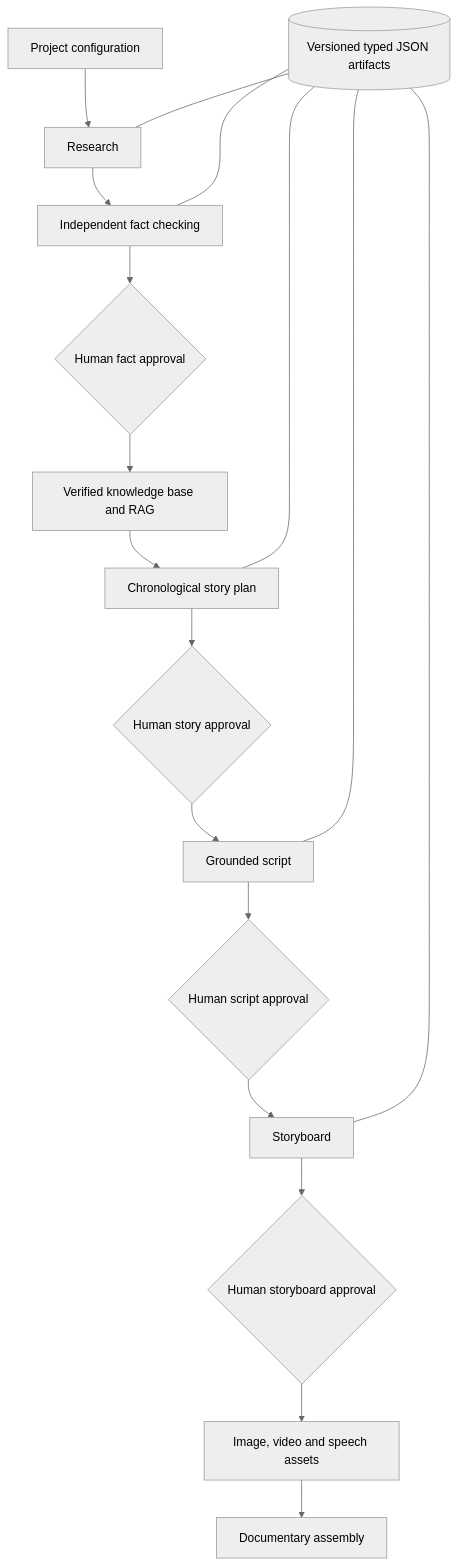
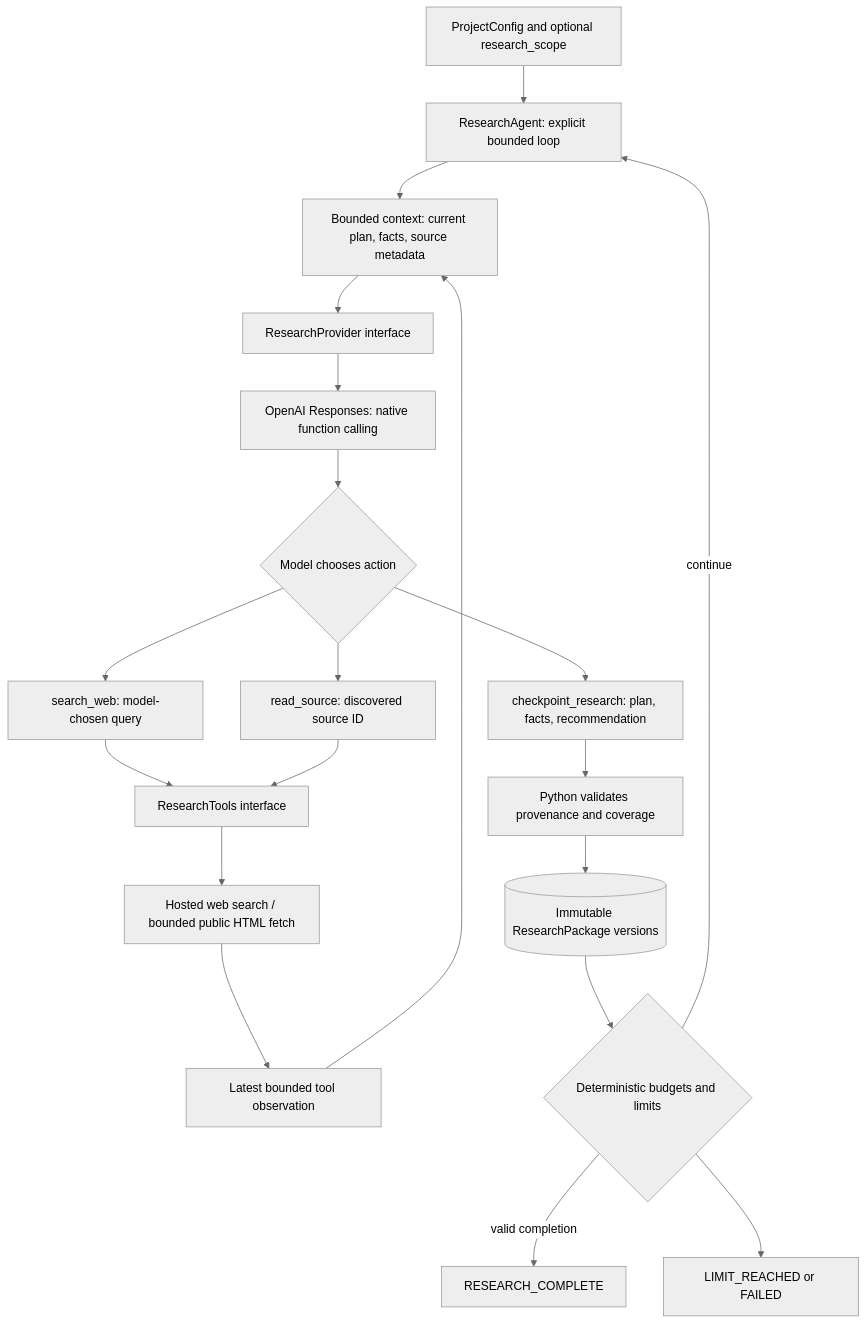
One commit to hailincai/agentic-history-studio changed the first of 2 diagrams in README.md. Above: the diagram before and after it, drawn with Mermaid (neutral theme). The commit also changed other lines of this file and 45 other files, not shown here.

Commit message:
feat: strengthen research goal coverage and completion validation

````diff
--- a/README.md
+++ b/README.md
@@ -9,20 +15,22 @@
 ```mermaid
 flowchart TD
-    C[Project configuration] --> R[Research]
-    R --> F[Independent fact checking]
-    F --> HF{Human fact approval}
-    HF --> K[Verified knowledge base and RAG]
-    K --> S[Chronological story plan]
-    S --> HS{Human story approval}
-    HS --> W[Grounded script]
-    W --> HW{Human script approval}
-    HW --> B[Storyboard]
-    B --> HB{Human storyboard approval}
-    HB --> M[Image, video and speech assets]
-    M --> V[Documentary assembly]
-    A[(Versioned typed JSON artifacts)] --- R
-    A --- F
-    A --- S
-    A --- W
-    A --- B
+    C[ProjectConfig and optional research_scope] --> A[ResearchAgent: explicit bounded loop]
+    A --> X[Bounded context: current plan, facts, source metadata]
+    X --> P[ResearchProvider interface]
+    P --> O[OpenAI Responses: native function calling]
+    O --> D{Model chooses action}
+    D --> Q[search_web: model-chosen query]
+    D --> R[read_source: discovered source ID]
+    Q --> T[ResearchTools interface]
+    R --> T
+    T --> W[Hosted web search / bounded public HTML fetch]
+    W --> B[Latest bounded tool observation]
+    B --> X
+    D --> U[checkpoint_research: plan, facts, recommendation]
+    U --> V[Python validates provenance and coverage]
+    V --> K[(Immutable ResearchPackage versions)]
+    K --> G{Deterministic budgets and limits}
+    G -->|continue| A
+    G -->|valid completion| F[RESEARCH_COMPLETE]
+    G --> L[LIMIT_REACHED or FAILED]
 ```
````
